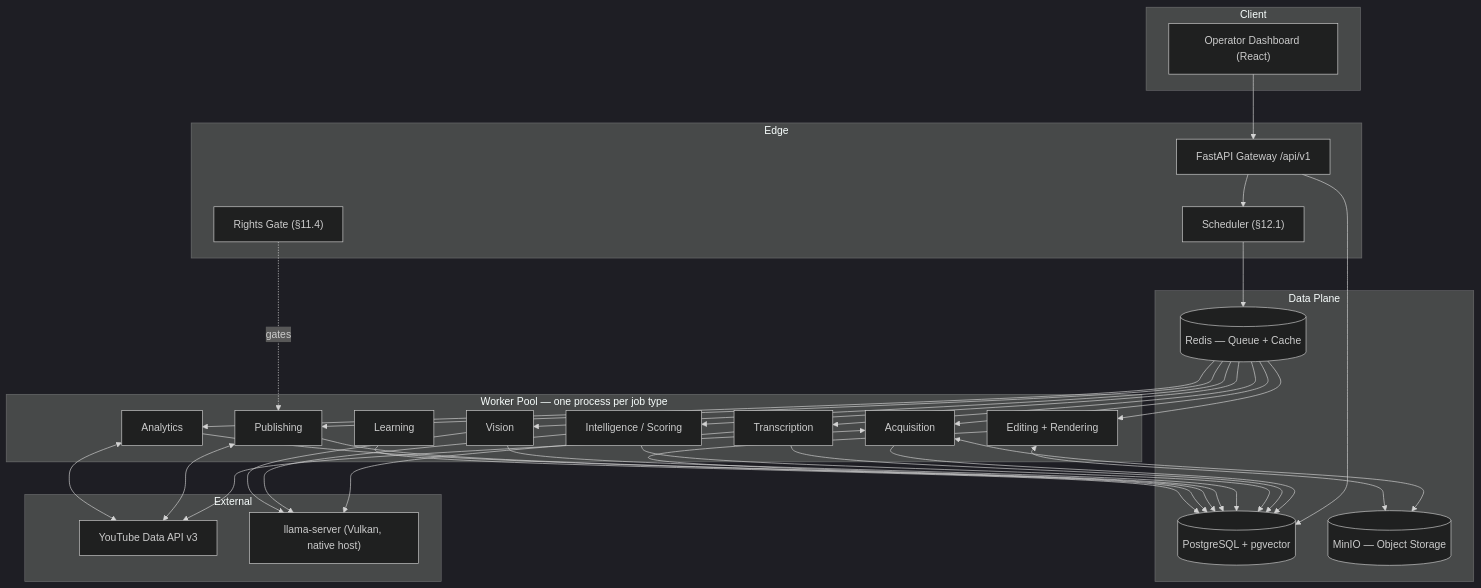
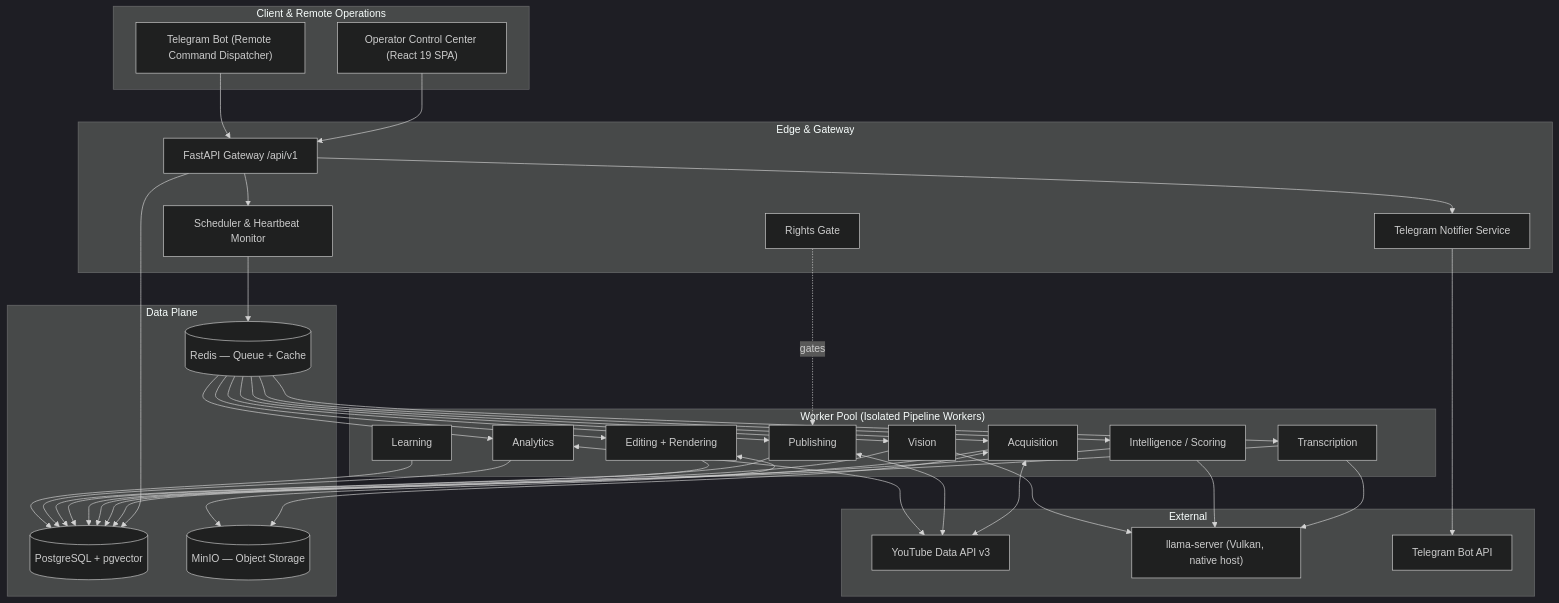
One commit to JohnApollos/YTAuto changed the first of 2 diagrams in docs/architecture.md. Above: the diagram before and after it, drawn with Mermaid (dark theme). The commit also changed other lines of this file and 43 other files, not shown here.

Commit message:
docs & feat: Complete Telegram remote operations subsystem, next-gen control center SPA refactoring, and documentation reconciliation

````diff
--- a/docs/architecture.md
+++ b/docs/architecture.md
@@ -27,47 +15,53 @@
 ```mermaid
 graph TB
-    subgraph Client
-        DASH["Operator Dashboard (React)"]
+    subgraph Client & Remote Operations
+        DASH["Operator Control Center (React 19 SPA)"]
+        TG_BOT["Telegram Bot (Remote Command Dispatcher)"]
     end
 
-    subgraph Edge
+    subgraph Edge & Gateway
         API["FastAPI Gateway /api/v1"]
-        SCHED["Scheduler (§12.1)"]
-        RIGHTS["Rights Gate (§11.4)"]
+        SCHED["Scheduler & Heartbeat Monitor"]
+        RIGHTS["Rights Gate"]
+        TG_SRV["Telegram Notifier Service"]
     end
 
-    subgraph Workers["Worker Pool — one process per job type"]
+    subgraph Workers["Worker Pool (Isolated Pipeline Workers)"]
         ACQ["Acquisition"]
         ASR["Transcription"]
         INT["Intelligence / Scoring"]
         VIS["Vision"]
         EDIT["Editing + Rendering"]
         PUB["Publishing"]
         AN["Analytics"]
         LRN["Learning"]
     end
 
     subgraph Data["Data Plane"]
         PG[("PostgreSQL + pgvector")]
         RD[("Redis — Queue + Cache")]
         OBJ[("MinIO — Object Storage")]
     end
 
     subgraph External
         YT["YouTube Data API v3"]
         RUN["llama-server (Vulkan, native host)"]
+        TG_API["Telegram Bot API"]
     end
 
     DASH --> API
+    TG_BOT --> API
     API --> PG
     API --> SCHED
+    API --> TG_SRV
     SCHED --> RD
     RD --> ACQ & ASR & INT & VIS & EDIT & PUB & AN
     ACQ <--> OBJ & YT
     ASR & INT & VIS --> RUN
     EDIT <--> OBJ
     RIGHTS -.gates.-> PUB
     PUB <--> YT
     AN <--> YT
+    TG_SRV --> TG_API
     ACQ & ASR & INT & VIS & EDIT & PUB & AN & LRN --> PG
 ```
````
